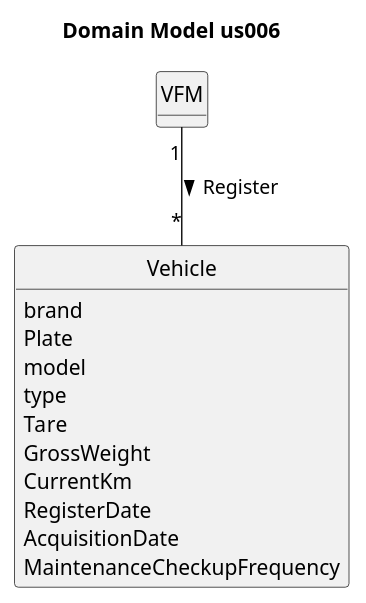
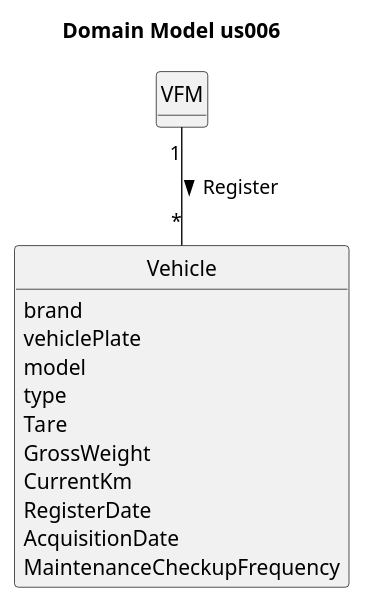
One commit to Departamento-de-Engenharia-Informatica/lei-24-s2-1dm-g132 changed the diagram in docs/sprintB/us006/02.analysis/puml/project-domain-model.puml. Above: the diagram before and after it, drawn with PlantUML. The commit also changed 1 other file, not shown here.

```diff
--- a/docs/sprintB/us006/02.analysis/puml/project-domain-model.puml
+++ b/docs/sprintB/us006/02.analysis/puml/project-domain-model.puml
@@ -1,32 +1,32 @@
 @startuml
 skinparam monochrome true
 skinparam packageStyle rectangle
 skinparam shadowing false
 'skinparam linetype ortho
 'left to right direction
 skinparam classAttributeIconSize 0
 hide circle
 hide methods
 
 title Domain Model us006
 
 class VFM {
 }
 
 class Vehicle {
     brand
-    Plate
+    vehiclePlate
     model
     type
     Tare
     GrossWeight
     CurrentKm
     RegisterDate
     AcquisitionDate
     MaintenanceCheckupFrequency
 }
 
 
 VFM "1" -- "*" Vehicle : Register >
 
 @enduml
```
